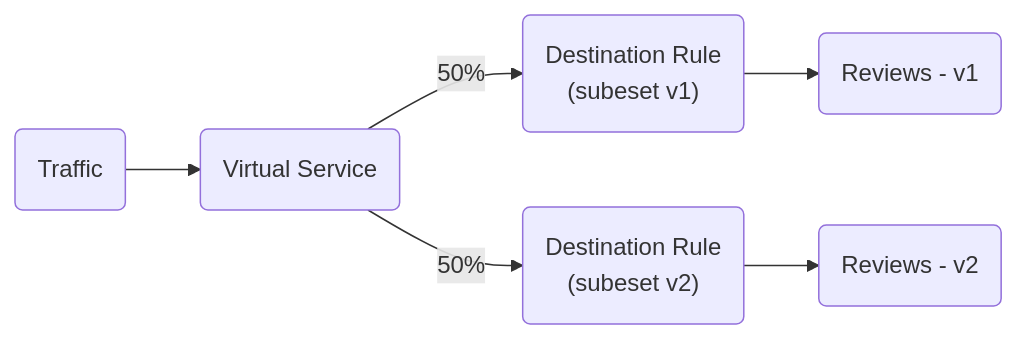
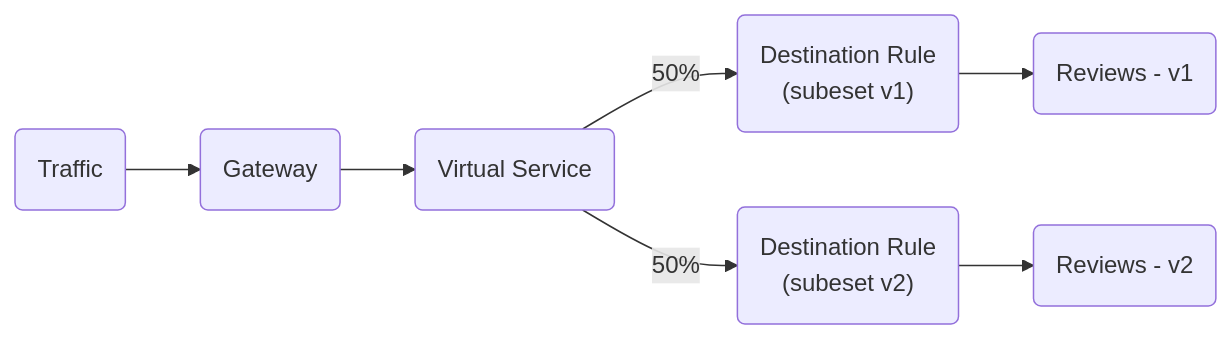
The diagram in docs/kubernetes-on-eks/service-mesh/traffic-management-in-istio.md (ReyanshKharga/kloudkoncepts.github.io), drawn with Mermaid before and after one commit. The commit also changed 2 other files, not shown here.

Commit message:
traffic splitting

````diff
--- a/docs/kubernetes-on-eks/service-mesh/traffic-management-in-istio.md
+++ b/docs/kubernetes-on-eks/service-mesh/traffic-management-in-istio.md
@@ -153,10 +153,11 @@
 ``` mermaid
 graph LR
-  A(Traffic) --> B(Virtual Service);
+  A(Traffic) --> G(Gateway);
+  G --> B(Virtual Service);
   B -->|50%| C("Destination Rule
   (subeset v1)");
   B -->|50%| D("Destination Rule
   (subeset v2)");
   C --> E(Reviews - v1);
   D --> F(Reviews - v2);
 ```
````
